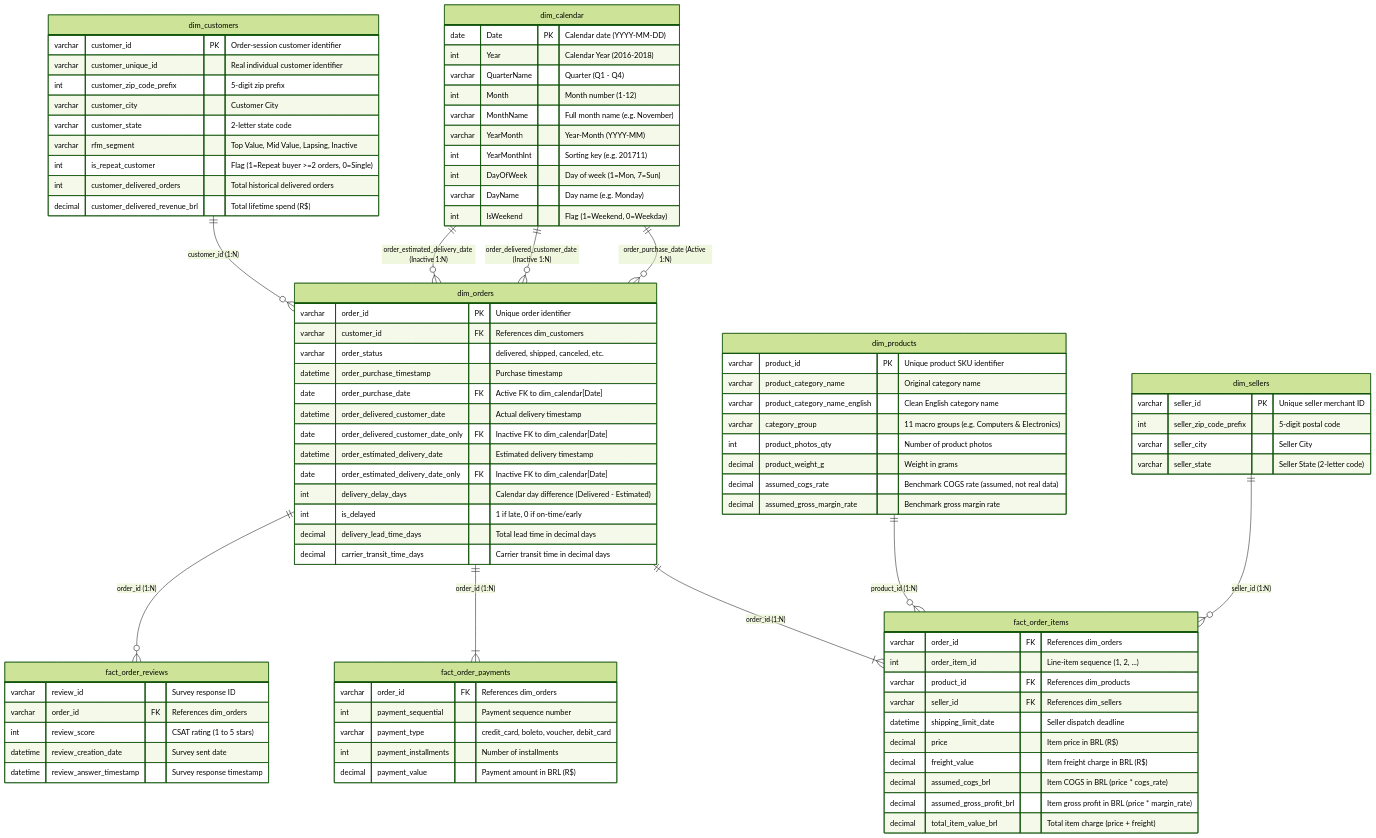
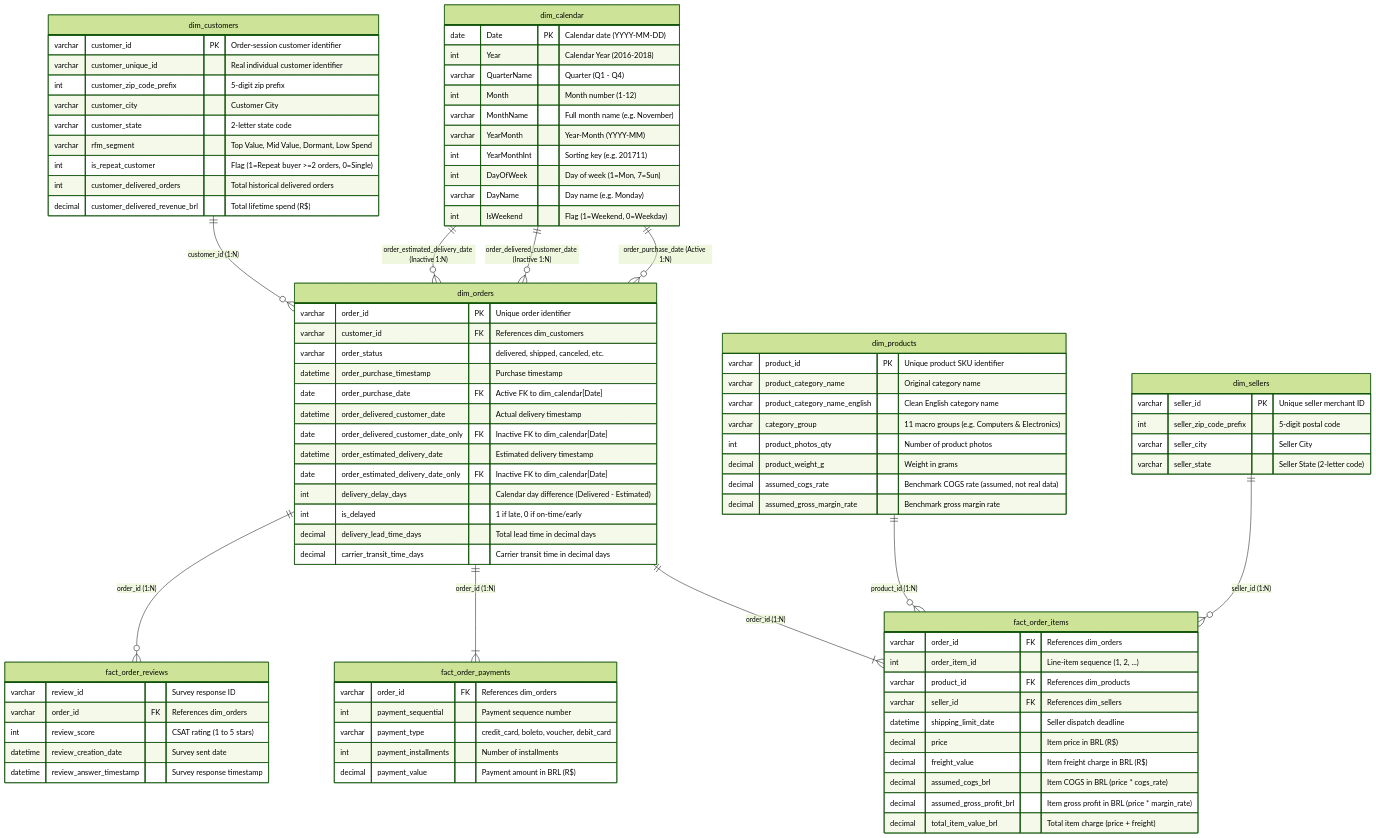
One commit to Samk709/ecommerce-sales-customer-analytics changed the diagram in power_bi/data_model_spec.md. Above: the diagram before and after it, drawn with Mermaid (forest theme). The commit also changed 8 other files, not shown here.

Commit message:
Update RFM segment names to Dormant and Low Spend with exact scoring rules documentation

```diff
--- a/power_bi/data_model_spec.md
+++ b/power_bi/data_model_spec.md
@@ -45,7 +45,7 @@
         int customer_zip_code_prefix "5-digit zip prefix"
         varchar customer_city "Customer City"
         varchar customer_state "2-letter state code"
-        varchar rfm_segment "Top Value, Mid Value, Lapsing, Inactive"
+        varchar rfm_segment "Top Value, Mid Value, Dormant, Low Spend"
         int is_repeat_customer "Flag (1=Repeat buyer >=2 orders, 0=Single)"
         int customer_delivered_orders "Total historical delivered orders"
         decimal customer_delivered_revenue_brl "Total lifetime spend (R$)"
```
